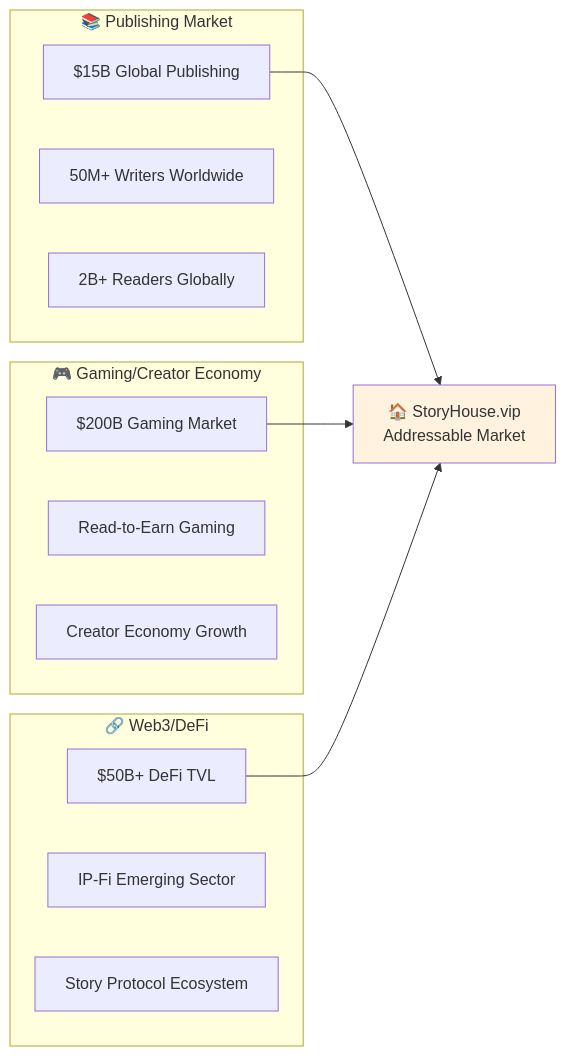
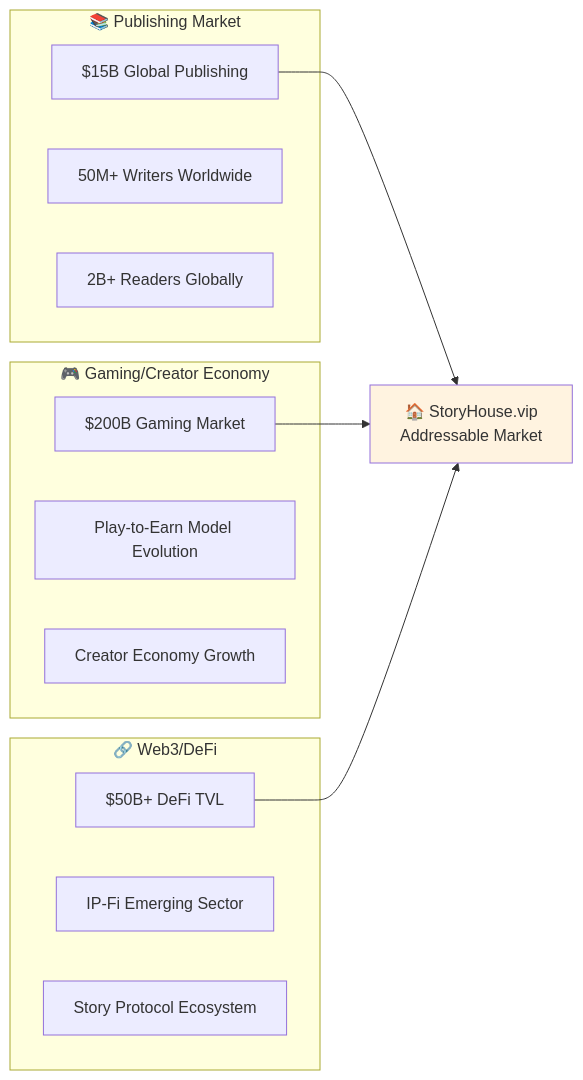
Before and after one commit to AndyBoWu/storyhouse-vip: the fourth of 14 diagrams in docs/business/PITCH_DECK.md, drawn with Mermaid. The commit also changed other lines of this file and 21 other files, not shown here.

````diff
--- a/docs/business/PITCH_DECK.md
+++ b/docs/business/PITCH_DECK.md
@@ -190,24 +190,24 @@
 ```mermaid
 graph LR
     subgraph "📚 Publishing Market"
         P1["$15B Global Publishing"]
         P2["50M+ Writers Worldwide"]
         P3["2B+ Readers Globally"]
     end
     
     subgraph "🎮 Gaming/Creator Economy"
         G1["$200B Gaming Market"]
-        G2["Read-to-Earn Gaming"]
+        G2["Play-to-Earn Model Evolution"]
         G3["Creator Economy Growth"]
     end
     
     subgraph "🔗 Web3/DeFi"
         W1["$50B+ DeFi TVL"]
         W2["IP-Fi Emerging Sector"]
         W3["Story Protocol Ecosystem"]
     end
     
     P1 & G1 & W1 --> SH["🏠 StoryHouse.vip<br/>Addressable Market"]
     
     style SH fill:#fff3e0
 ```
````
